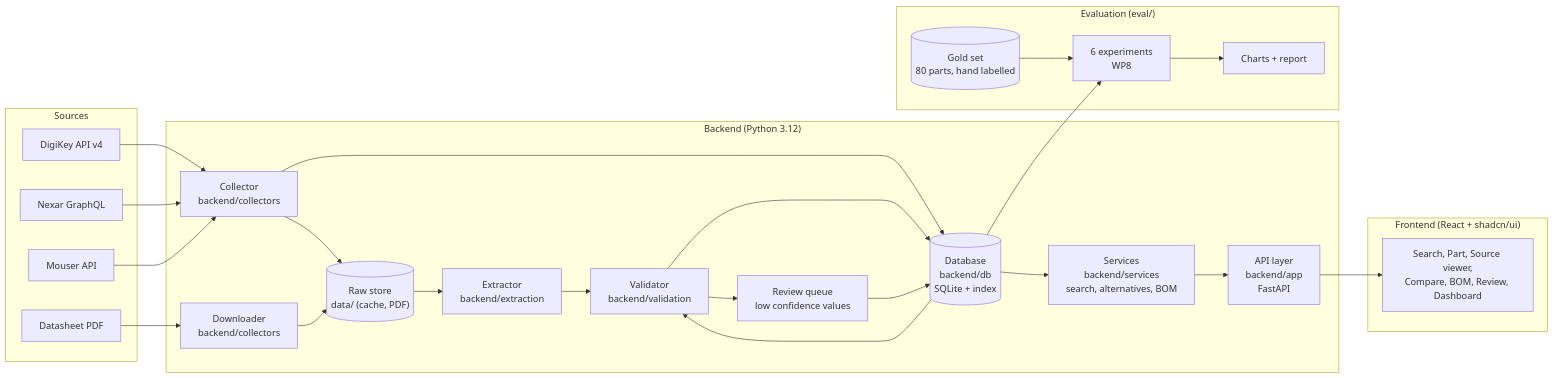
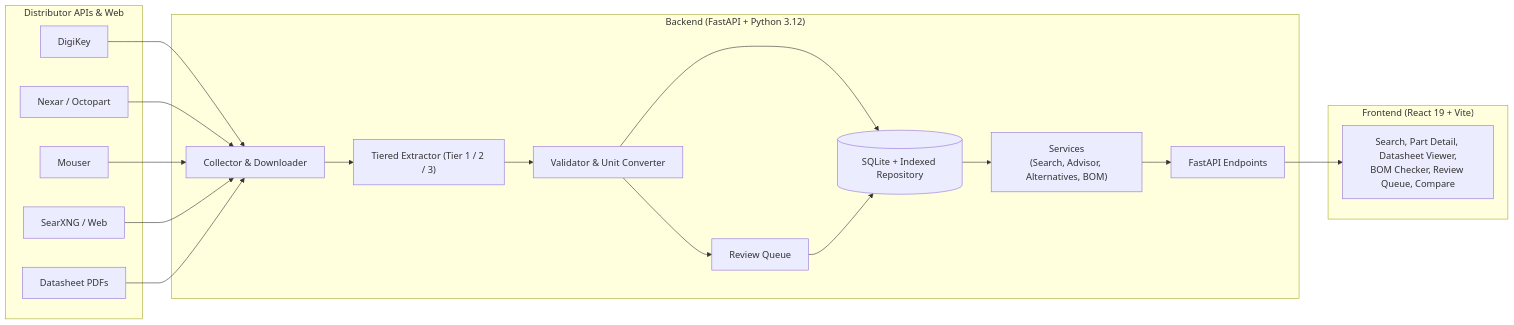
Before and after one commit to UltraInstinct21/partpilot: the diagram in README.md, drawn with Mermaid. The commit also changed other lines of this file, not shown here.

Commit message:
docs: streamline README with features, architecture, and quick start

````diff
--- a/README.md
+++ b/README.md
@@ -37,50 +26,32 @@
 ```mermaid
 flowchart LR
-    subgraph Sources["Sources"]
-        DK["DigiKey API v4"]
-        NX["Nexar GraphQL"]
-        MS["Mouser API"]
-        PDF["Datasheet PDF"]
+    subgraph Sources["Distributor APIs & Web"]
+        DK["DigiKey"]
+        NX["Nexar / Octopart"]
+        MS["Mouser"]
+        SX["SearXNG / Web"]
+        PDF["Datasheet PDFs"]
     end
 
-    subgraph Backend["Backend (Python 3.12)"]
-        COL["Collector\nbackend/collectors"]
-        DL["Downloader\nbackend/collectors"]
-        RAW[("Raw store\ndata/ (cache, PDF)")]
-        EX["Extractor\nbackend/extraction"]
-        VAL["Validator\nbackend/validation"]
-        DB[("Database\nbackend/db\nSQLite + index")]
-        SVC["Services\nbackend/services\nsearch, alternatives, BOM"]
-        API["API layer\nbackend/app\nFastAPI"]
-        REV["Review queue\nlow confidence values"]
+    subgraph Backend["Backend (FastAPI + Python 3.12)"]
+        COL["Collector & Downloader"]
+        EXT["Tiered Extractor (Tier 1 / 2 / 3)"]
+        VAL["Validator & Unit Converter"]
+        DB[("SQLite + Indexed Repository")]
+        SVC["Services\n(Search, Advisor, Alternatives, BOM)"]
+        API["FastAPI Endpoints"]
+        REV["Review Queue"]
     end
 
-    subgraph Frontend["Frontend (React + shadcn/ui)"]
-        UI["Search, Part, Source viewer,\nCompare, BOM, Review, Dashboard"]
+    subgraph Frontend["Frontend (React 19 + Vite)"]
+        UI["Search, Part Detail, Datasheet Viewer,\nBOM Checker, Review Queue, Compare"]
     end
 
-    subgraph Eval["Evaluation (eval/)"]
-        GOLD[("Gold set\n80 parts, hand labelled")]
-        RUN["6 experiments\nWP8"]
-        CH["Charts + report"]
-    end
-
-    DK --> COL
-    NX --> COL
-    MS --> COL
-    COL --> RAW
-    COL --> DB
-    PDF --> DL --> RAW
-    RAW --> EX
-    EX --> VAL
-    DB --> VAL
+    DK & NX & MS & SX --> COL
+    PDF --> COL --> EXT
+    EXT --> VAL
     VAL --> DB
-    DB --> SVC
-    SVC --> API
     VAL --> REV
     REV --> DB
-    API --> UI
-    DB --> RUN
-    GOLD --> RUN
-    RUN --> CH
+    DB --> SVC --> API --> UI
 ```
````
